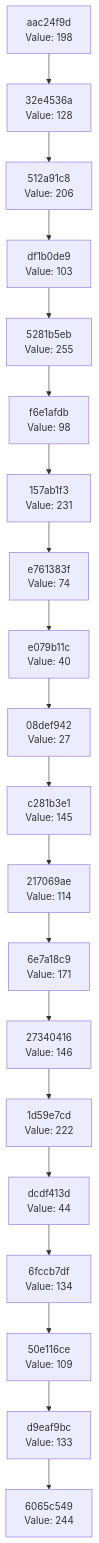
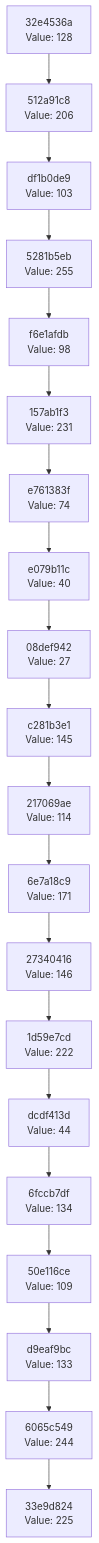
The diagram in docs/CHAIN_VISUALIZATION.md (Abhisheksinha1506/hash-chain-evolver), drawn with Mermaid before and after one commit. The commit also changed 2 other files, not shown here.

Commit message:
Evolution Step

````diff
--- a/docs/CHAIN_VISUALIZATION.md
+++ b/docs/CHAIN_VISUALIZATION.md
@@ -3,42 +3,42 @@
 ```mermaid
 graph TD
-    C0["6065c549<br/>Value: 244"]
-    C1["d9eaf9bc<br/>Value: 133"]
+    C0["33e9d824<br/>Value: 225"]
+    C1["6065c549<br/>Value: 244"]
     C1 --> C0
-    C2["50e116ce<br/>Value: 109"]
+    C2["d9eaf9bc<br/>Value: 133"]
     C2 --> C1
-    C3["6fccb7df<br/>Value: 134"]
+    C3["50e116ce<br/>Value: 109"]
     C3 --> C2
-    C4["dcdf413d<br/>Value: 44"]
+    C4["6fccb7df<br/>Value: 134"]
     C4 --> C3
-    C5["1d59e7cd<br/>Value: 222"]
+    C5["dcdf413d<br/>Value: 44"]
     C5 --> C4
-    C6["27340416<br/>Value: 146"]
+    C6["1d59e7cd<br/>Value: 222"]
     C6 --> C5
-    C7["6e7a18c9<br/>Value: 171"]
+    C7["27340416<br/>Value: 146"]
     C7 --> C6
-    C8["217069ae<br/>Value: 114"]
+    C8["6e7a18c9<br/>Value: 171"]
     C8 --> C7
-    C9["c281b3e1<br/>Value: 145"]
+    C9["217069ae<br/>Value: 114"]
     C9 --> C8
-    C10["08def942<br/>Value: 27"]
+    C10["c281b3e1<br/>Value: 145"]
     C10 --> C9
-    C11["e079b11c<br/>Value: 40"]
+    C11["08def942<br/>Value: 27"]
     C11 --> C10
-    C12["e761383f<br/>Value: 74"]
+    C12["e079b11c<br/>Value: 40"]
     C12 --> C11
-    C13["157ab1f3<br/>Value: 231"]
+    C13["e761383f<br/>Value: 74"]
     C13 --> C12
-    C14["f6e1afdb<br/>Value: 98"]
+    C14["157ab1f3<br/>Value: 231"]
     C14 --> C13
-    C15["5281b5eb<br/>Value: 255"]
+    C15["f6e1afdb<br/>Value: 98"]
     C15 --> C14
-    C16["df1b0de9<br/>Value: 103"]
+    C16["5281b5eb<br/>Value: 255"]
     C16 --> C15
-    C17["512a91c8<br/>Value: 206"]
+    C17["df1b0de9<br/>Value: 103"]
     C17 --> C16
-    C18["32e4536a<br/>Value: 128"]
+    C18["512a91c8<br/>Value: 206"]
     C18 --> C17
-    C19["aac24f9d<br/>Value: 198"]
+    C19["32e4536a<br/>Value: 128"]
     C19 --> C18
 ```
````
